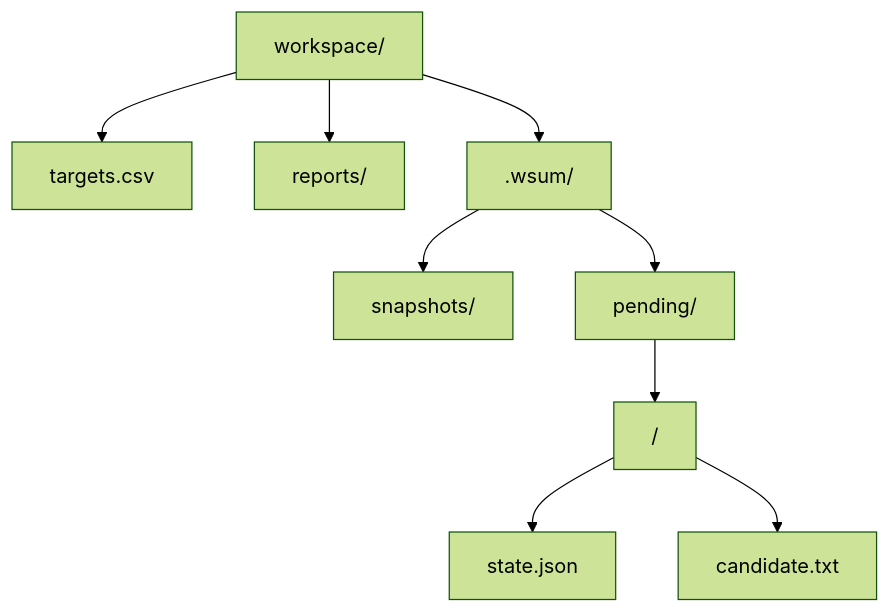
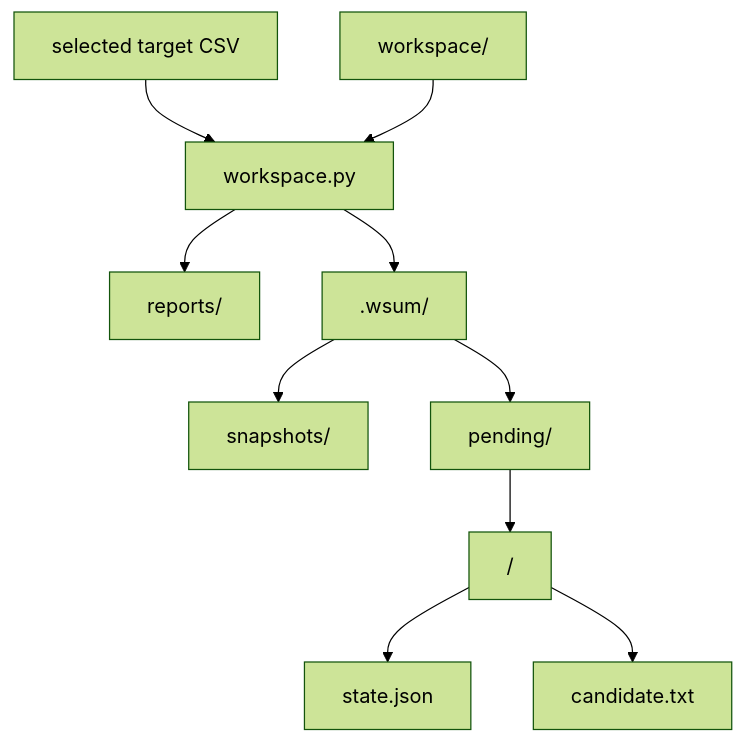
Before and after one commit to dceoy/wsum: the second of 2 diagrams in skills/web-update-monitor/SKILL.md, drawn with Mermaid (forest theme). The commit also changed other lines of this file and 7 other files, not shown here.

Commit message:
Make target CSV input explicit (#55)

````diff
--- a/skills/web-update-monitor/SKILL.md
+++ b/skills/web-update-monitor/SKILL.md
@@ -37,11 +37,12 @@
 ```mermaid
 flowchart TB
-    W["workspace/"] --> T["targets.csv"]
-    W --> R["reports/"]
-    W --> S[".wsum/"]
+    T["selected target CSV"] --> C["workspace.py"]
+    W["workspace/"] --> C
+    C --> R["reports/"]
+    C --> S[".wsum/"]
     S --> SS["snapshots/"]
     S --> P["pending/"]
     P --> PT["<target-id>/"]
     PT --> PS["state.json"]
     PT --> PC["candidate.txt"]
 ```
````
